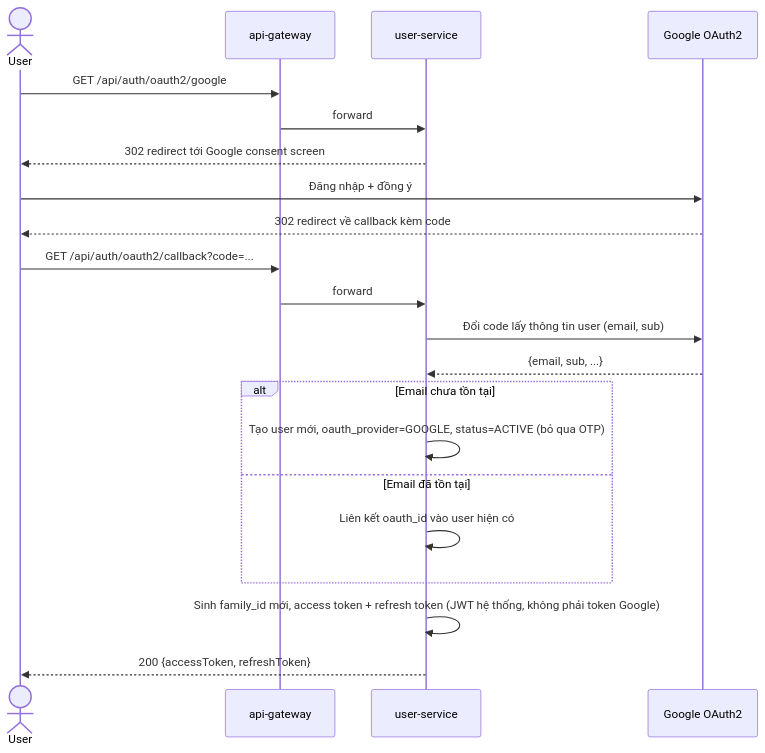
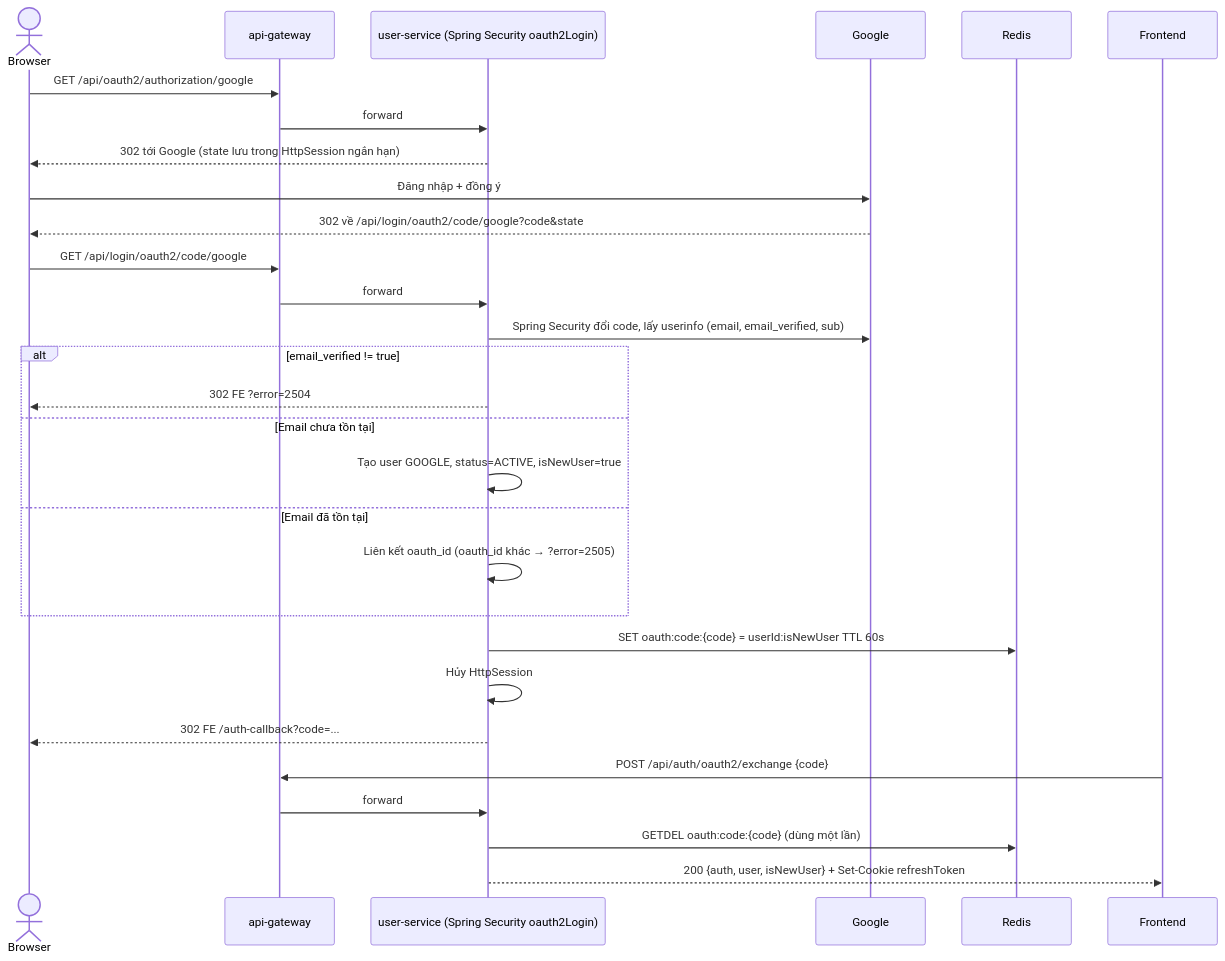
The sixth of 8 diagrams in docs/auth/P1_auth_design.md (TrungLe05/vantix), drawn with Mermaid before and after one commit. The commit also changed other lines of this file and 21 other files, not shown here.

````diff
--- a/docs/auth/P1_auth_design.md
+++ b/docs/auth/P1_auth_design.md
@@ -178,24 +180,32 @@
 ```mermaid
 sequenceDiagram
-    actor U as User
+    actor U as Browser
     participant GW as api-gateway
-    participant US as user-service
-    participant G as Google OAuth2
+    participant US as user-service (Spring Security oauth2Login)
+    participant G as Google
+    participant R as Redis
+    participant FE as Frontend
 
-    U->>GW: GET /api/auth/oauth2/google
+    U->>GW: GET /api/oauth2/authorization/google
     GW->>US: forward
-    US-->>U: 302 redirect tới Google consent screen
+    US-->>U: 302 tới Google (state lưu trong HttpSession ngắn hạn)
     U->>G: Đăng nhập + đồng ý
-    G-->>U: 302 redirect về callback kèm code
-    U->>GW: GET /api/auth/oauth2/callback?code=...
+    G-->>U: 302 về /api/login/oauth2/code/google?code&state
+    U->>GW: GET /api/login/oauth2/code/google
     GW->>US: forward
-    US->>G: Đổi code lấy thông tin user (email, sub)
-    G-->>US: {email, sub, ...}
-    alt Email chưa tồn tại
-        US->>US: Tạo user mới, oauth_provider=GOOGLE, status=ACTIVE (bỏ qua OTP)
+    US->>G: Spring Security đổi code, lấy userinfo (email, email_verified, sub)
+    alt email_verified != true
+        US-->>U: 302 FE ?error=2504
+    else Email chưa tồn tại
+        US->>US: Tạo user GOOGLE, status=ACTIVE, isNewUser=true
     else Email đã tồn tại
-        US->>US: Liên kết oauth_id vào user hiện có
+        US->>US: Liên kết oauth_id (oauth_id khác → ?error=2505)
     end
-    US->>US: Sinh family_id mới, access token + refresh token (JWT hệ thống, không phải token Google)
-    US-->>U: 200 {accessToken, refreshToken}
+    US->>R: SET oauth:code:{code} = userId:isNewUser TTL 60s
+    US->>US: Hủy HttpSession
+    US-->>U: 302 FE /auth-callback?code=...
+    FE->>GW: POST /api/auth/oauth2/exchange {code}
+    GW->>US: forward
+    US->>R: GETDEL oauth:code:{code} (dùng một lần)
+    US-->>FE: 200 {auth, user, isNewUser} + Set-Cookie refreshToken
 ```
````
